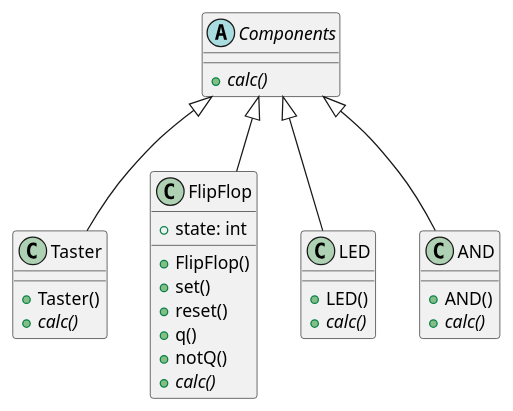
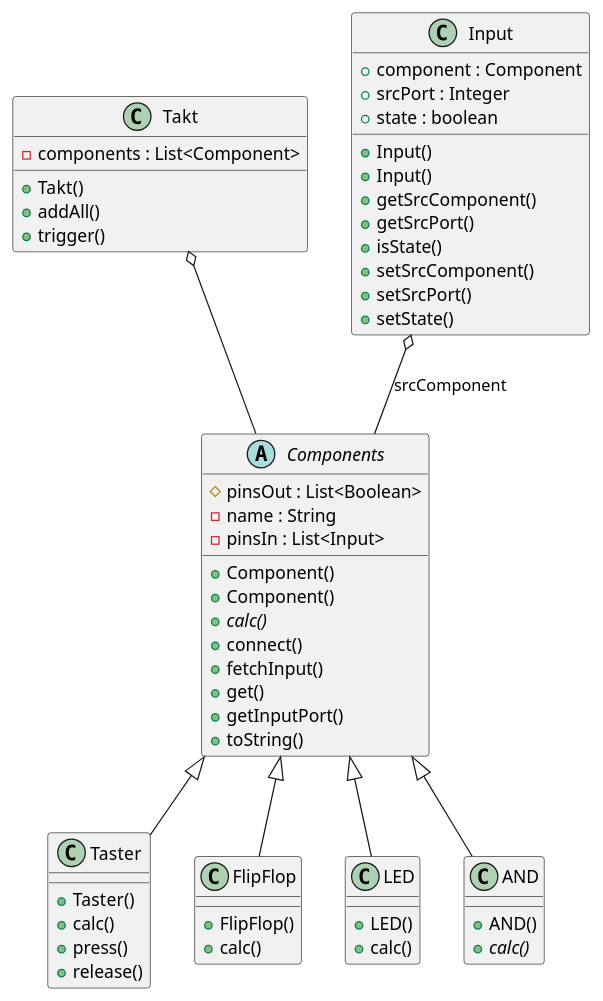
One commit to Ali8105/sew5_sem1 changed the diagram in out/production/sew5_sem1/Klassen_UML.puml. Above: the diagram before and after it, drawn with PlantUML. The commit also changed 2 other files, not shown here.

Commit message:
Taster rausgelagert

```diff
--- a/out/production/sew5_sem1/Klassen_UML.puml
+++ b/out/production/sew5_sem1/Klassen_UML.puml
@@ -1,37 +1,68 @@
 @startuml
 
-abstract class Components{
- + {abstract} calc()
+abstract class Components {
+        # pinsOut : List<Boolean>
+        - name : String
+        - pinsIn : List<Input>
+        + Component()
+        + Component()
+        {abstract} + calc()
+        + connect()
+        + fetchInput()
+        + get()
+        + getInputPort()
+        + toString()
+    }
+
+class Takt {
+  - components : List<Component>
+  + Takt()
+  + addAll()
+  + trigger()
 }
 
 class Taster {
- + Taster()
- + {abstract} calc()
+    + Taster()
+    + calc()
+    + press()
+    + release()
 }
 
-class FlipFlop{
- + FlipFlop()
- + state: int
- + set()
- + reset()
- + q()
- + notQ()
- + {abstract} calc()
+class FlipFlop {
+    + FlipFlop()
+    + calc()
 }
 
-class LED{
- + LED()
- + {abstract} calc()
+
+class LED {
+  + LED()
+  + calc()
 }
+
+ class Input {
+        + component : Component
+        + srcPort : Integer
+        + state : boolean
+        + Input()
+        + Input()
+        + getSrcComponent()
+        + getSrcPort()
+        + isState()
+        + setSrcComponent()
+        + setSrcPort()
+        + setState()
+    }
 
 class AND{
  + AND()
  + {abstract} calc()
 }
 
 Components <|-- FlipFlop
 Components <|-- AND
 Components <|-- LED
 Components <|-- Taster
+Input o-- Components : srcComponent
+Takt o-- Components
 
 @enduml
```
